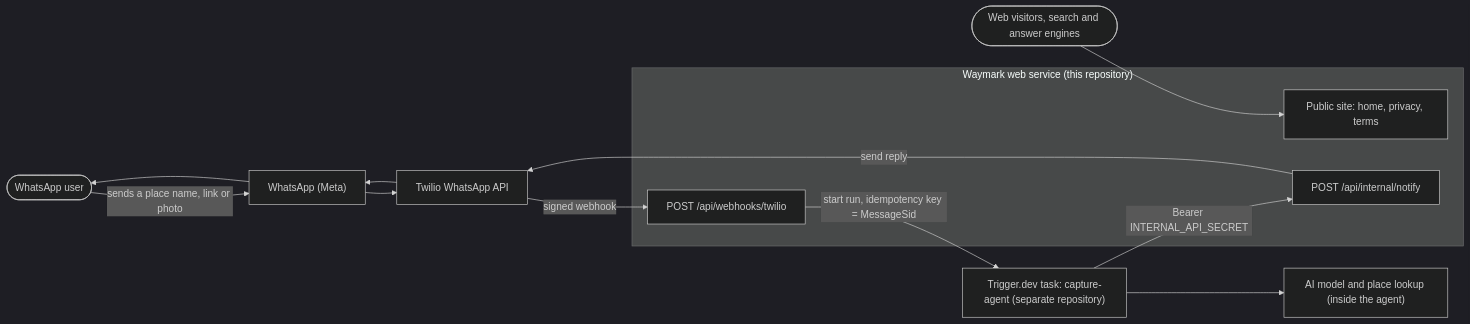
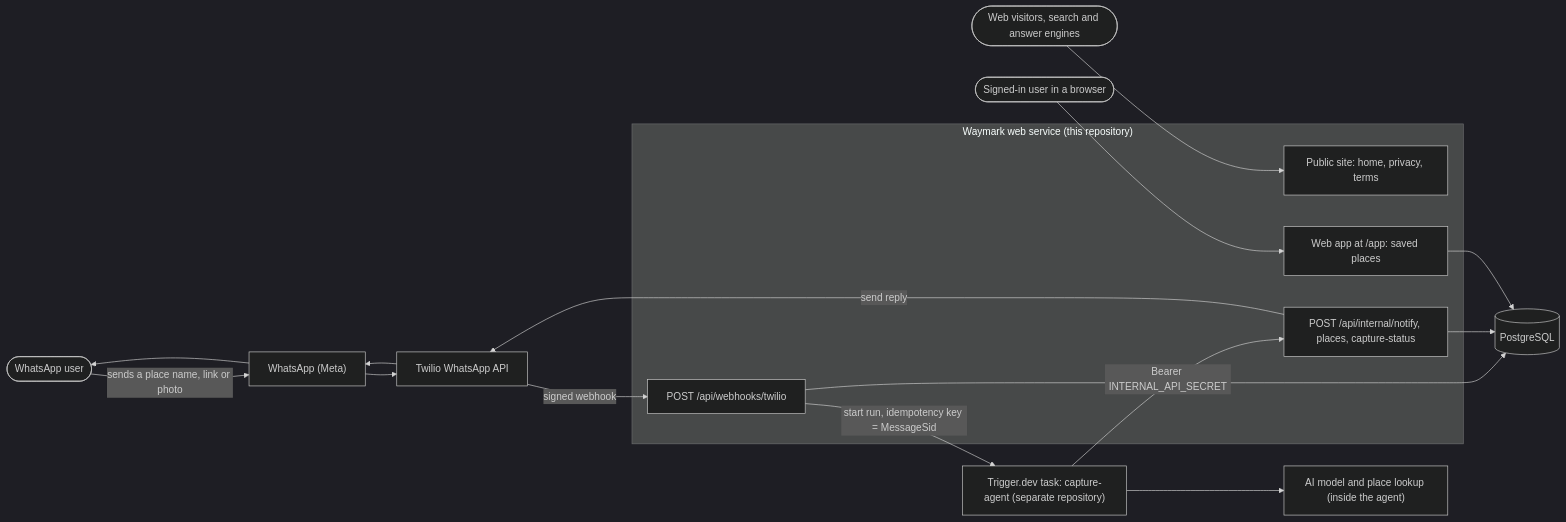
Before and after one commit to oyugimourice/waymark: the first of 7 diagrams in docs/Architecture.md, drawn with Mermaid (dark theme). The commit also changed other lines of this file, not shown here.

First line of the commit message:
Revise Architecture documentation for version 0.2.0

````diff
--- a/docs/Architecture.md
+++ b/docs/Architecture.md
@@ -43,25 +41,32 @@
 ```mermaid
 flowchart LR
   user(["WhatsApp user"])
+  member(["Signed-in user in a browser"])
   visitor(["Web visitors, search and answer engines"])
   wa["WhatsApp (Meta)"]
   tw["Twilio WhatsApp API"]
   subgraph waymark["Waymark web service (this repository)"]
     site["Public site: home, privacy, terms"]
+    app["Web app at /app: saved places"]
     hook["POST /api/webhooks/twilio"]
-    notify["POST /api/internal/notify"]
+    internal["POST /api/internal/notify, places, capture-status"]
   end
+  db[("PostgreSQL")]
   trig["Trigger.dev task: capture-agent (separate repository)"]
   ai["AI model and place lookup (inside the agent)"]
 
   user -->|"sends a place name, link or photo"| wa
   wa --> tw
   tw -->|"signed webhook"| hook
+  hook --> db
   hook -->|"start run, idempotency key = MessageSid"| trig
   trig --> ai
-  trig -->|"Bearer INTERNAL_API_SECRET"| notify
-  notify -->|"send reply"| tw
+  trig -->|"Bearer INTERNAL_API_SECRET"| internal
+  internal --> db
+  internal -->|"send reply"| tw
   tw --> wa
   wa --> user
   visitor --> site
+  member --> app
+  app --> db
 ```
````
